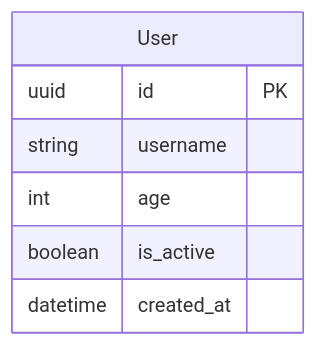
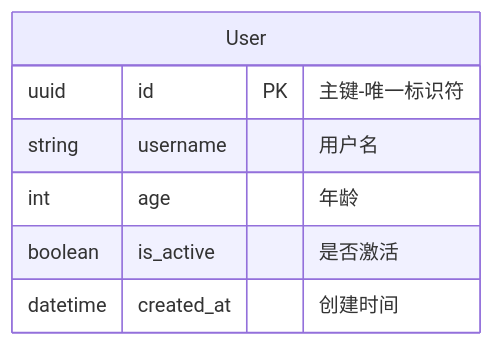
Before and after one commit to x007007007/er-generate-model: the first of 2 diagrams in examples/DATA_TYPES.md, drawn with Mermaid. The commit also changed other lines of this file and 30 other files, not shown here.

````diff
--- a/examples/DATA_TYPES.md
+++ b/examples/DATA_TYPES.md
@@ -116,10 +116,10 @@
 ```mermaid
 erDiagram
     User {
-        uuid id PK
-        string username
-        int age
-        boolean is_active
-        datetime created_at
+        uuid id PK "主键-唯一标识符"
+        string username "用户名"
+        int age "年龄"
+        boolean is_active "是否激活"
+        datetime created_at "创建时间"
     }
 ```
````
